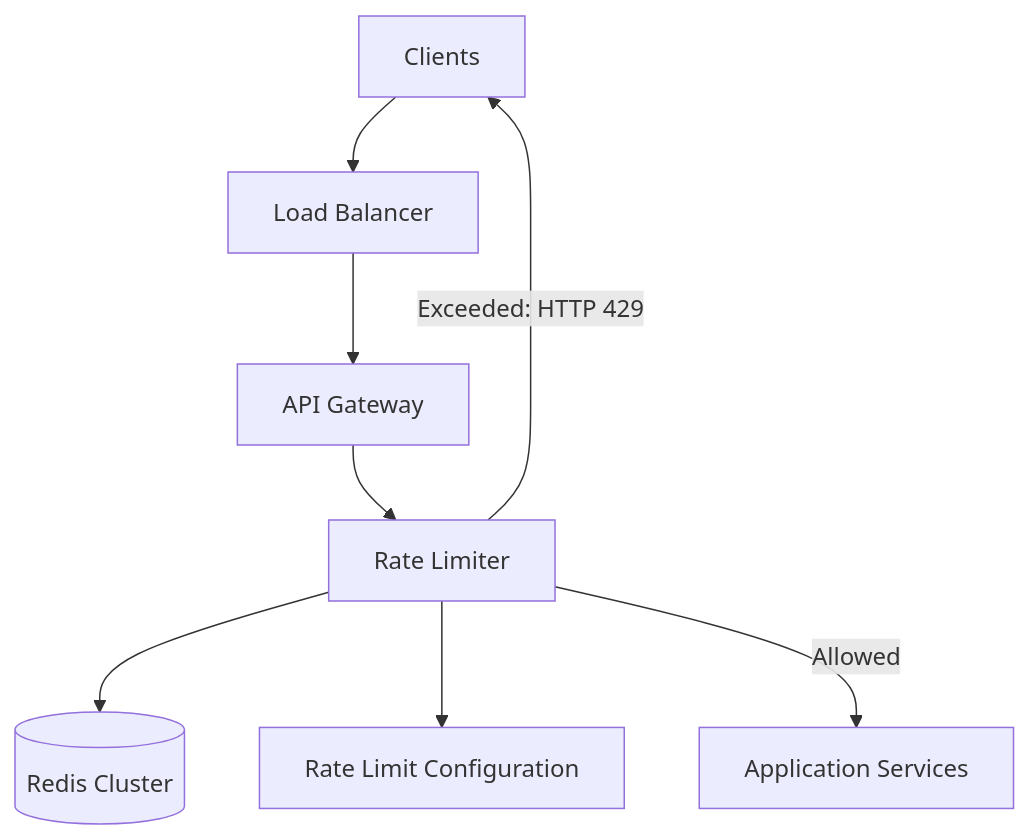
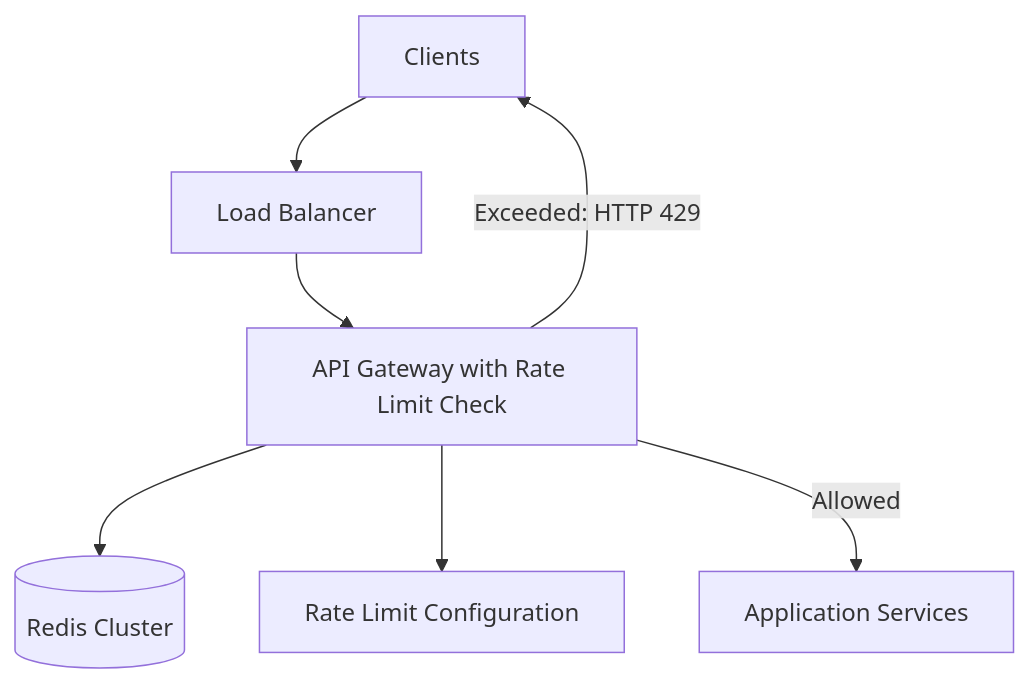
One commit to itsarvindhere/system-design changed the diagram in 009. System Design Interview Problems/007. Design a Rate Limiter.md. Above: the diagram before and after it, drawn with Mermaid. The commit also changed other lines of this file, not shown here.

Commit message:
Design a Rate Limiter

````diff
--- a/009. System Design Interview Problems/007. Design a Rate Limiter.md
+++ b/009. System Design Interview Problems/007. Design a Rate Limiter.md
@@ -190,18 +196,16 @@
 ```mermaid
 flowchart TD
     Client[Clients]
     LB[Load Balancer]
-    APIGW[API Gateway]
-    RL[Rate Limiter]
+    APIGW[API Gateway with Rate Limit Check]
     Redis[(Redis Cluster)]
     Config[Rate Limit Configuration]
     Services[Application Services]
 
     Client --> LB
     LB --> APIGW
-    APIGW --> RL
-    RL --> Redis
-    RL --> Config
-    RL -->|Allowed| Services
-    RL -->|Exceeded: HTTP 429| Client
+    APIGW --> Redis
+    APIGW --> Config
+    APIGW -->|Allowed| Services
+    APIGW -->|Exceeded: HTTP 429| Client
 ```
````
